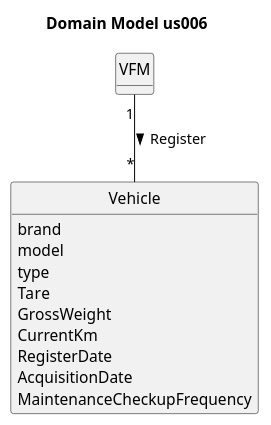
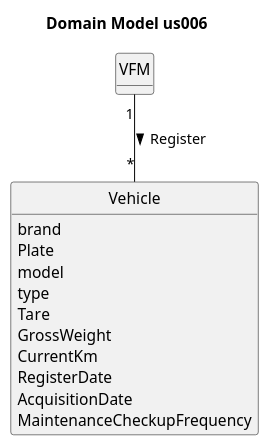
Before and after one commit to Departamento-de-Engenharia-Informatica/lei-24-s2-1dm-g132: the diagram in docs/sprintB/us006/02.analysis/puml/project-domain-model.puml, drawn with PlantUML. The commit also changed 1 other file, not shown here.

```diff
--- a/docs/sprintB/us006/02.analysis/puml/project-domain-model.puml
+++ b/docs/sprintB/us006/02.analysis/puml/project-domain-model.puml
@@ -1,31 +1,32 @@
 @startuml
 skinparam monochrome true
 skinparam packageStyle rectangle
 skinparam shadowing false
 'skinparam linetype ortho
 'left to right direction
 skinparam classAttributeIconSize 0
 hide circle
 hide methods
 
 title Domain Model us006
 
 class VFM {
 }
 
 class Vehicle {
     brand
+    Plate
     model
     type
     Tare
     GrossWeight
     CurrentKm
     RegisterDate
     AcquisitionDate
     MaintenanceCheckupFrequency
 }
 
 
 VFM "1" -- "*" Vehicle : Register >
 
 @enduml
```
